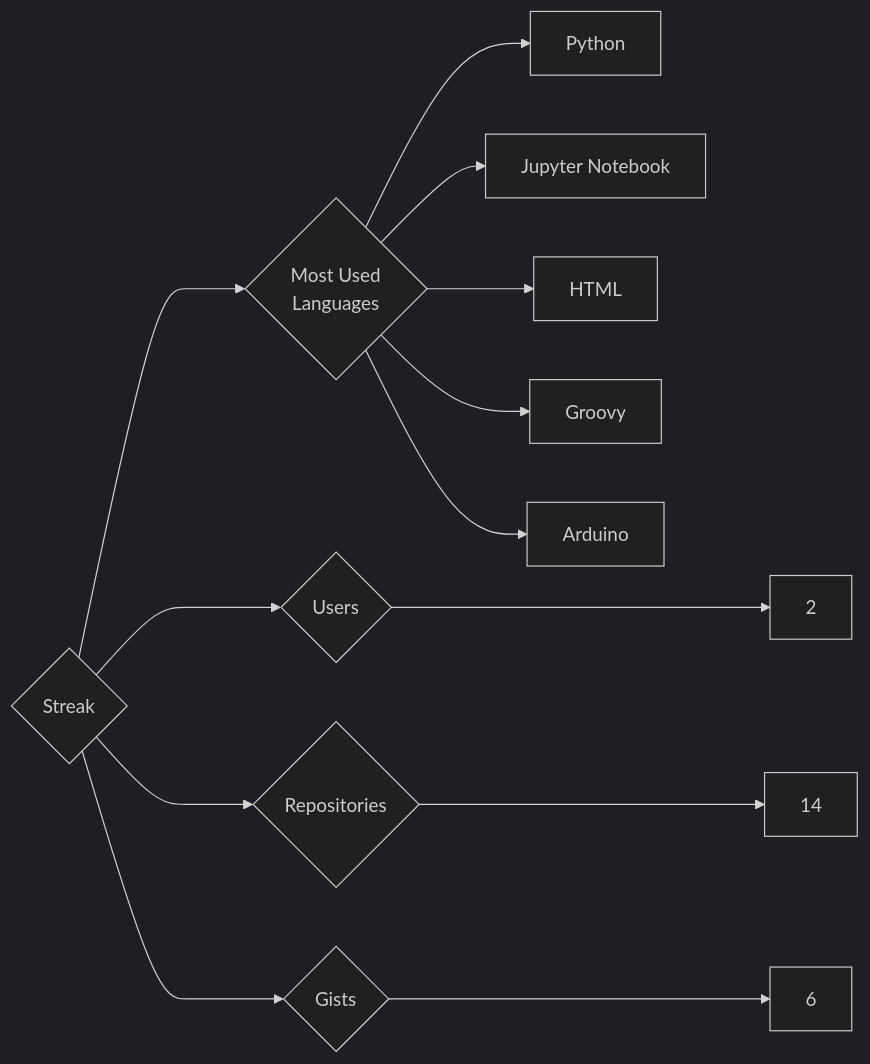
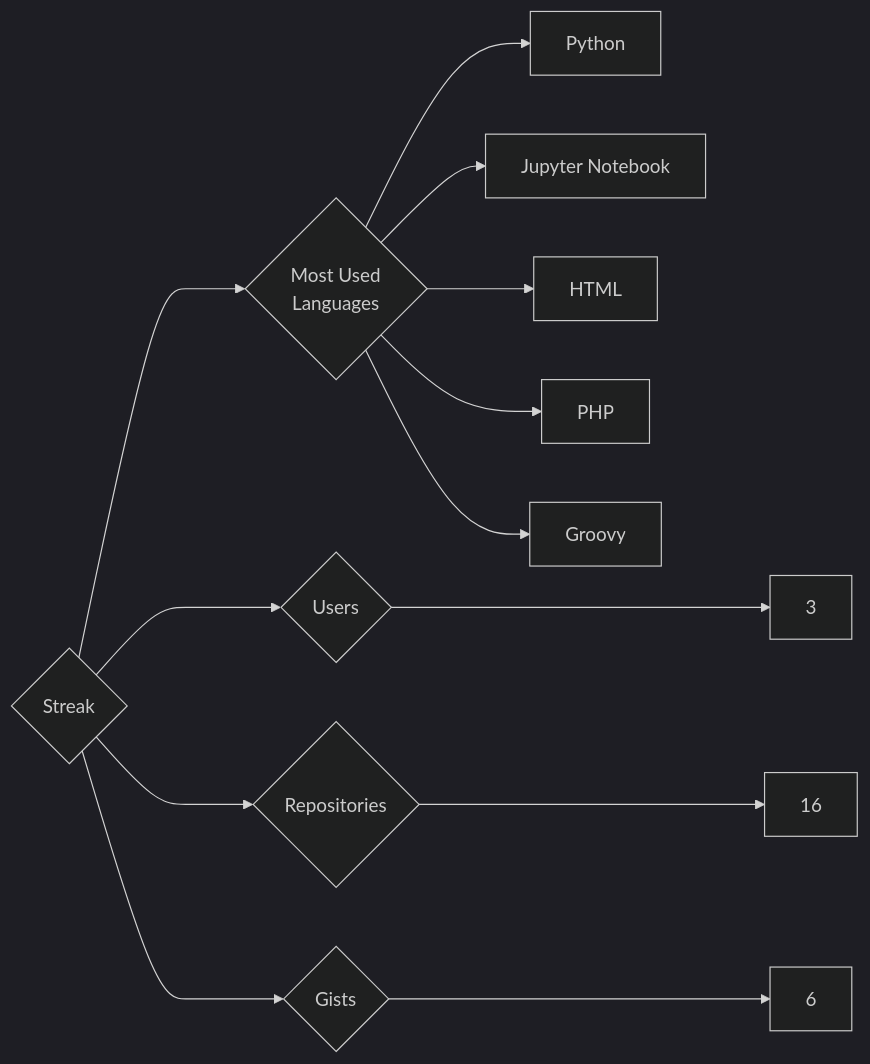
The diagram in targets/Streak/README.md (trickest/insiders), drawn with Mermaid (dark theme) before and after one commit. The commit also changed 928 other files, not shown here.

````diff
--- a/targets/Streak/README.md
+++ b/targets/Streak/README.md
@@ -3,13 +3,13 @@
 ```mermaid
 graph LR
 COMPANY_NAME{Streak}
-COMPANY_NAME ---> U{Users} ---> UN[2]
-COMPANY_NAME ---> R{Repositories} ---> RN[14]
+COMPANY_NAME ---> U{Users} ---> UN[3]
+COMPANY_NAME ---> R{Repositories} ---> RN[16]
 COMPANY_NAME ---> G{Gists} ---> GN[6]
 COMPANY_NAME ---> ML{Most Used<br>Languages}
 ML --> Python[Python]
 ML --> Jupyter_Notebook[Jupyter Notebook]
 ML --> HTML[HTML]
+ML --> PHP[PHP]
 ML --> Groovy[Groovy]
-ML --> Arduino[Arduino]
 ```
````
